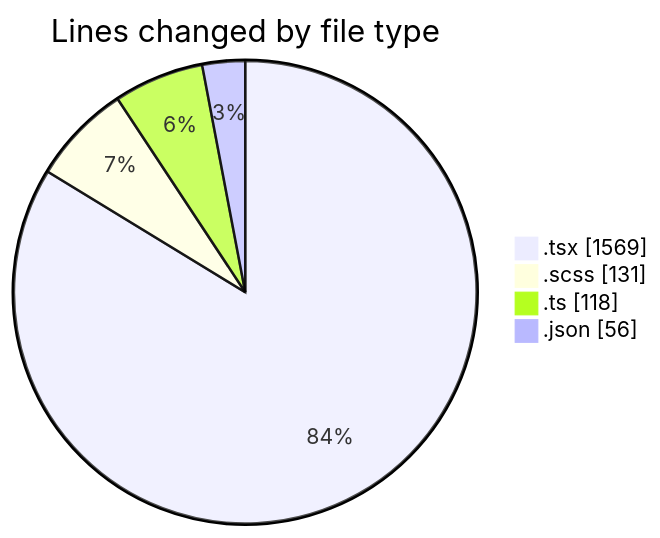
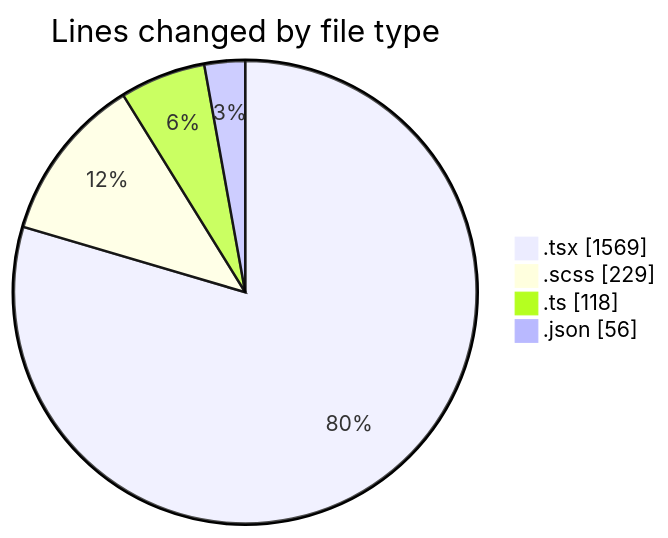
One commit to momahboobian/code-tracking changed the first of 2 diagrams in 2026-10-30/cda/README.md. Above: the diagram before and after it, drawn with Mermaid. The commit also changed other lines of this file and 1 other file, not shown here.

````diff
--- a/2026-10-30/cda/README.md
+++ b/2026-10-30/cda/README.md
@@ -35,8 +35,8 @@
 ```mermaid
 pie showData
 title Lines changed by file type
 ".tsx" : 1569
-".scss" : 131
+".scss" : 229
 ".ts" : 118
 ".json" : 56
 ```
````
